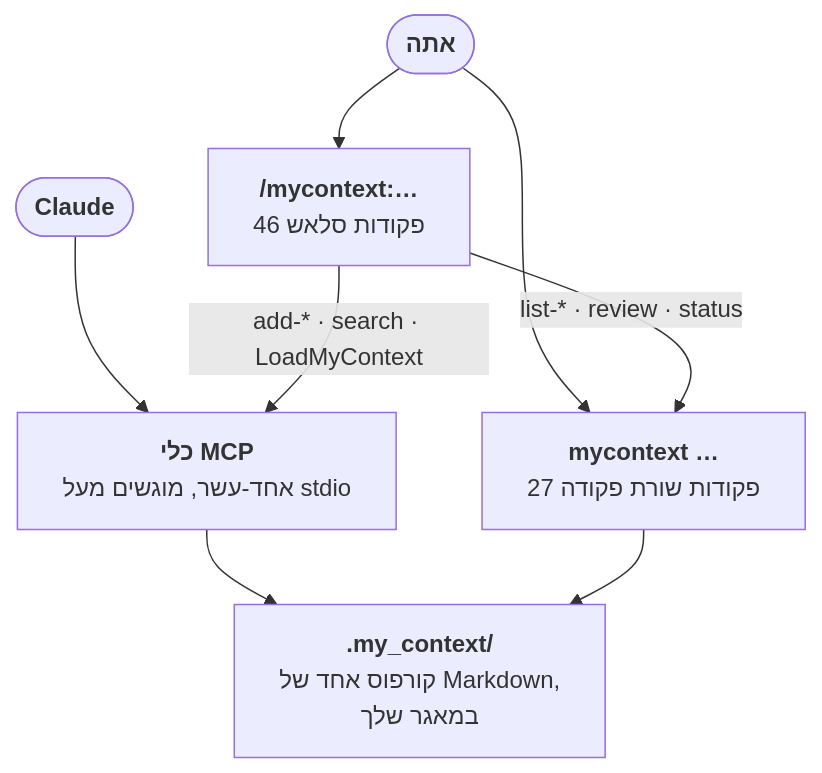
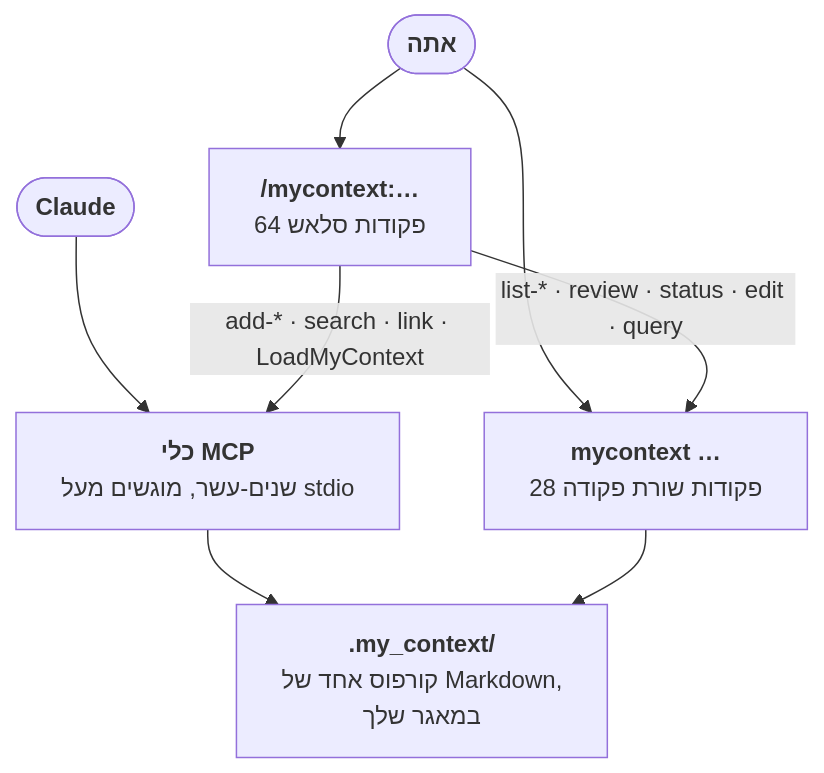
The fourth of 5 diagrams in docs/README.he.md (Dudi-Bar-On/my-context), drawn with Mermaid before and after one commit. The commit also changed other lines of this file and 3 other files, not shown here.

````diff
--- a/docs/README.he.md
+++ b/docs/README.he.md
@@ -1795,10 +1795,10 @@
 ```mermaid
 flowchart TB
-  U(["<b>אתה</b>"]) --> SL["<b>/mycontext:…</b><br/>46 פקודות סלאש"]
-  U --> CL["<b>mycontext …</b><br/>27 פקודות שורת פקודה"]
-  A(["<b>Claude</b>"]) --> TL["<b>כלי MCP</b><br/>אחד-עשר, מוגשים מעל stdio"]
-  SL -->|"add-* · search · LoadMyContext"| TL
-  SL -->|"list-* · review · status"| CL
+  U(["<b>אתה</b>"]) --> SL["<b>/mycontext:…</b><br/>64 פקודות סלאש"]
+  U --> CL["<b>mycontext …</b><br/>28 פקודות שורת פקודה"]
+  A(["<b>Claude</b>"]) --> TL["<b>כלי MCP</b><br/>שנים-עשר, מוגשים מעל stdio"]
+  SL -->|"add-* · search · link · LoadMyContext"| TL
+  SL -->|"list-* · review · status · edit · query"| CL
   TL --> CO["<b>.my_context/</b><br/>קורפוס אחד של Markdown,<br/>במאגר שלך"]
   CL --> CO
 ```
````
